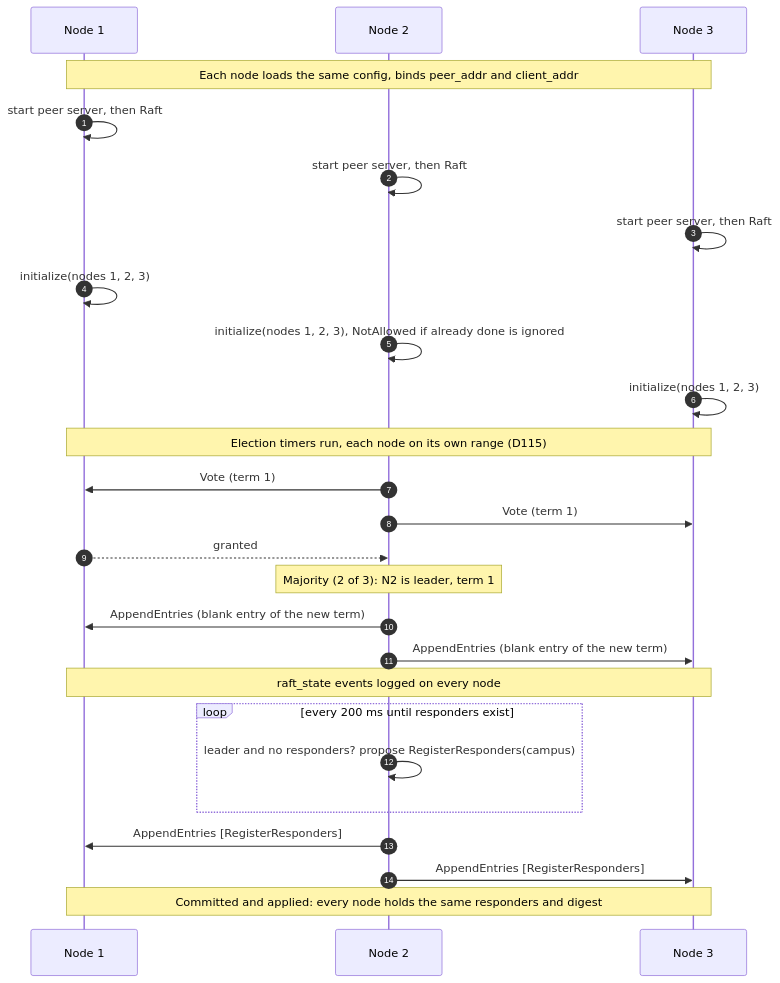
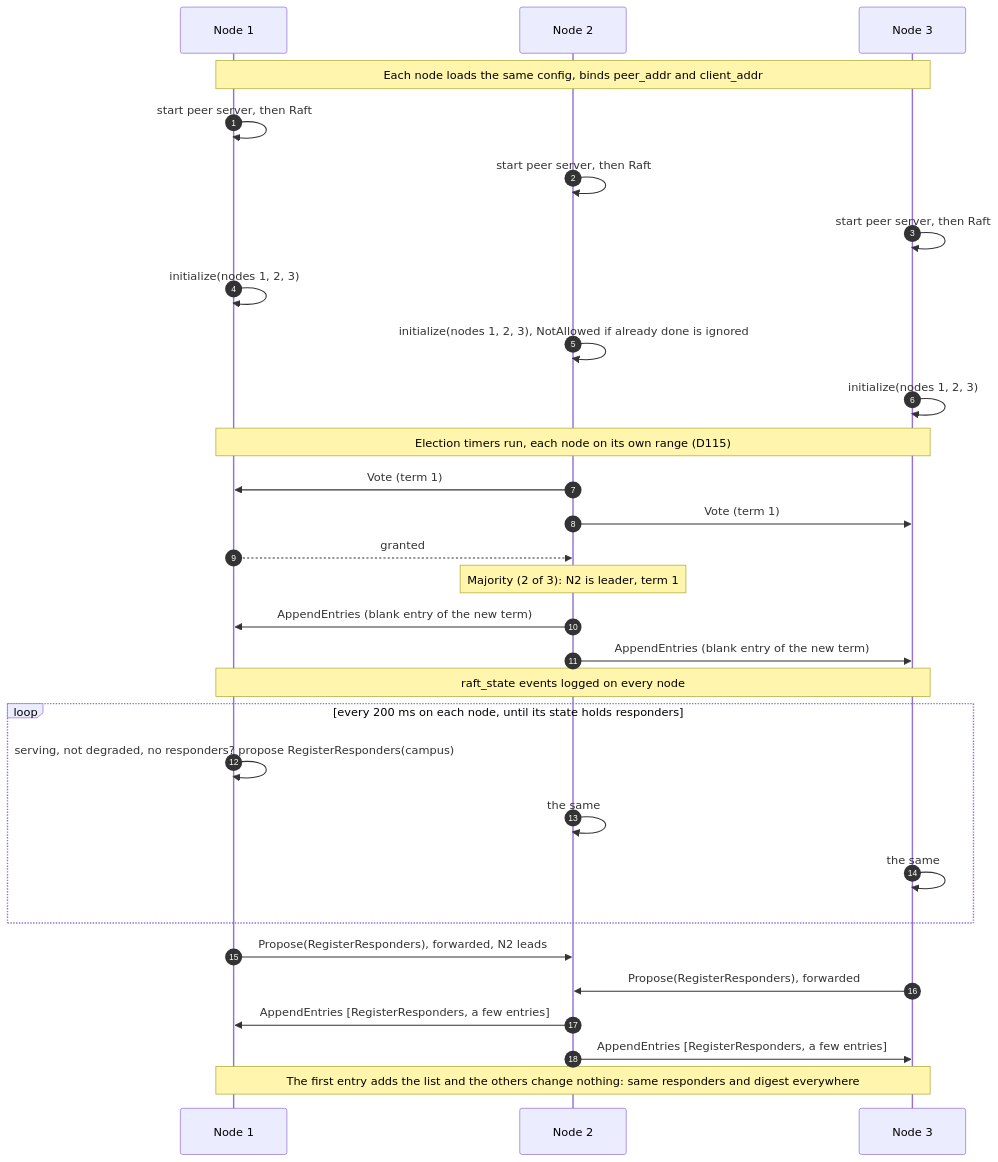
Diagram 13 of 47 in docs/architecture.md (noortaytoy1/DistributedSystems), drawn with Mermaid before and after one commit. The commit also changed other lines of this file and 8 other files, not shown here.

````diff
--- a/docs/architecture.md
+++ b/docs/architecture.md
@@ -570,28 +669,32 @@
 ```mermaid
 sequenceDiagram
     autonumber
     participant N1 as Node 1
     participant N2 as Node 2
     participant N3 as Node 3
     Note over N1,N3: Each node loads the same config, binds peer_addr and client_addr
     N1->>N1: start peer server, then Raft
     N2->>N2: start peer server, then Raft
     N3->>N3: start peer server, then Raft
     N1->>N1: initialize(nodes 1, 2, 3)
     N2->>N2: initialize(nodes 1, 2, 3), NotAllowed if already done is ignored
     N3->>N3: initialize(nodes 1, 2, 3)
     Note over N1,N3: Election timers run, each node on its own range (D115)
     N2->>N1: Vote (term 1)
     N2->>N3: Vote (term 1)
     N1-->>N2: granted
     Note over N2: Majority (2 of 3): N2 is leader, term 1
     N2->>N1: AppendEntries (blank entry of the new term)
     N2->>N3: AppendEntries (blank entry of the new term)
     Note over N1,N3: raft_state events logged on every node
-    loop every 200 ms until responders exist
-        N2->>N2: leader and no responders? propose RegisterResponders(campus)
+    loop every 200 ms on each node, until its state holds responders
+        N1->>N1: serving, not degraded, no responders? propose RegisterResponders(campus)
+        N2->>N2: the same
+        N3->>N3: the same
     end
-    N2->>N1: AppendEntries [RegisterResponders]
-    N2->>N3: AppendEntries [RegisterResponders]
-    Note over N1,N3: Committed and applied: every node holds the same responders and digest
+    N1->>N2: Propose(RegisterResponders), forwarded, N2 leads
+    N3->>N2: Propose(RegisterResponders), forwarded
+    N2->>N1: AppendEntries [RegisterResponders, a few entries]
+    N2->>N3: AppendEntries [RegisterResponders, a few entries]
+    Note over N1,N3: The first entry adds the list and the others change nothing: same responders and digest everywhere
 ```
````
